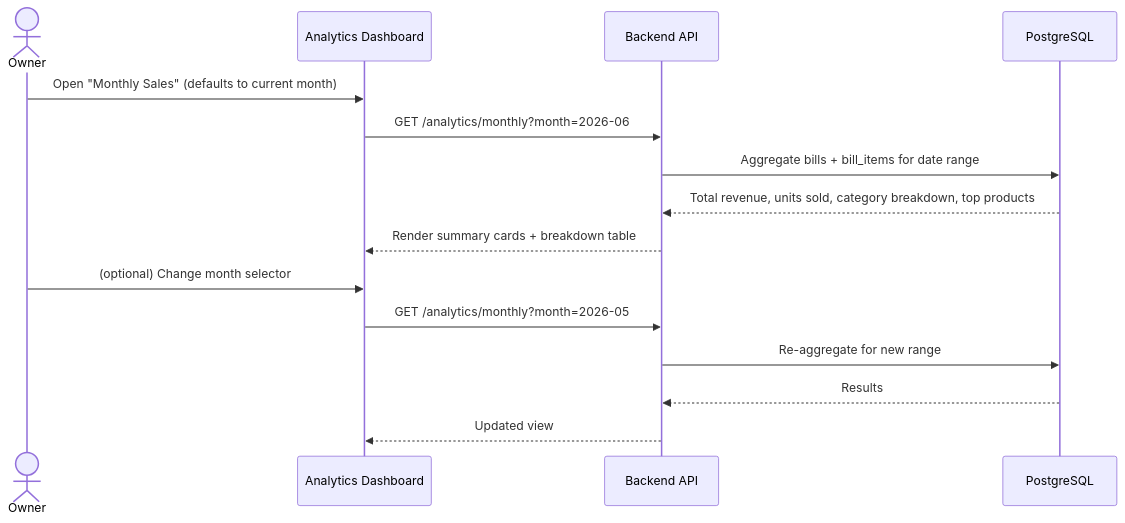
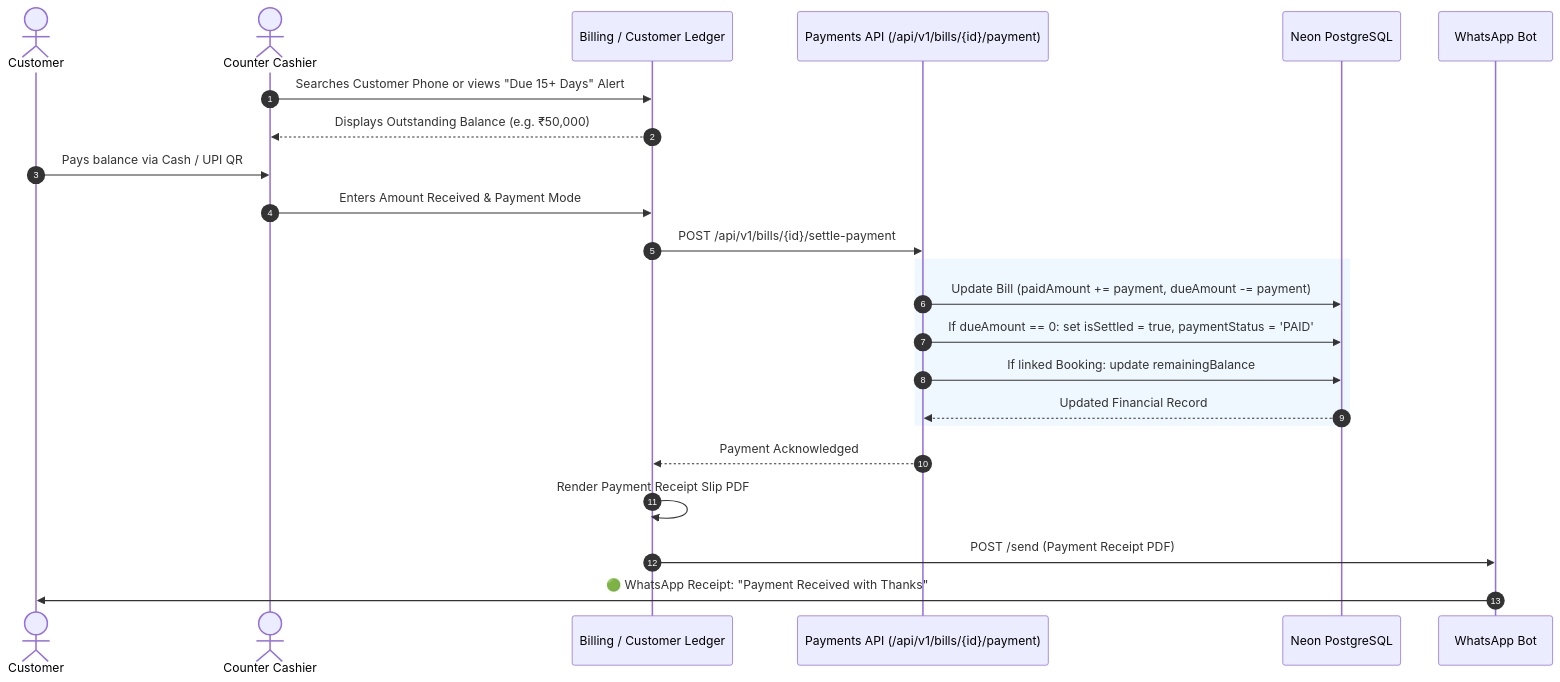
One commit to menariyavishal/laxmi-furnitures-electronics changed the fourth of 5 diagrams in Furniture-and-Electronics/docs/04_DATA_FLOW.md. Above: the diagram before and after it, drawn with Mermaid. The commit also changed other lines of this file and 10 other files, not shown here.

````diff
--- a/Furniture-and-Electronics/docs/04_DATA_FLOW.md
+++ b/Furniture-and-Electronics/docs/04_DATA_FLOW.md
@@ -89,18 +148,28 @@
 ```mermaid
 sequenceDiagram
-    actor Owner
-    participant UI as Analytics Dashboard
-    participant API as Backend API
-    participant DB as PostgreSQL
+    autonumber
+    actor Customer as Customer
+    actor Staff as Counter Cashier
+    participant History as Billing / Customer Ledger
+    participant API as Payments API (/api/v1/bills/{id}/payment)
+    participant DB as Neon PostgreSQL
+    participant Bot as WhatsApp Bot
 
-    Owner->>UI: Open "Monthly Sales" (defaults to current month)
-    UI->>API: GET /analytics/monthly?month=2026-06
-    API->>DB: Aggregate bills + bill_items for date range
-    DB-->>API: Total revenue, units sold, category breakdown, top products
-    API-->>UI: Render summary cards + breakdown table
-    Owner->>UI: (optional) Change month selector
-    UI->>API: GET /analytics/monthly?month=2026-05
-    API->>DB: Re-aggregate for new range
-    DB-->>API: Results
-    API-->>UI: Updated view
+    Staff->>History: Searches Customer Phone or views "Due 15+ Days" Alert
+    History-->>Staff: Displays Outstanding Balance (e.g. ₹50,000)
+    Customer->>Staff: Pays balance via Cash / UPI QR
+    Staff->>History: Enters Amount Received & Payment Mode
+    History->>API: POST /api/v1/bills/{id}/settle-payment
+    
+    rect rgb(240, 248, 255)
+        API->>DB: Update Bill (paidAmount += payment, dueAmount -= payment)
+        API->>DB: If dueAmount == 0: set isSettled = true, paymentStatus = 'PAID'
+        API->>DB: If linked Booking: update remainingBalance
+        DB-->>API: Updated Financial Record
+    end
+    API-->>History: Payment Acknowledged
+
+    History->>History: Render Payment Receipt Slip PDF
+    History->>Bot: POST /send (Payment Receipt PDF)
+    Bot->>Customer: 🟢 WhatsApp Receipt: "Payment Received with Thanks"
 ```
````
